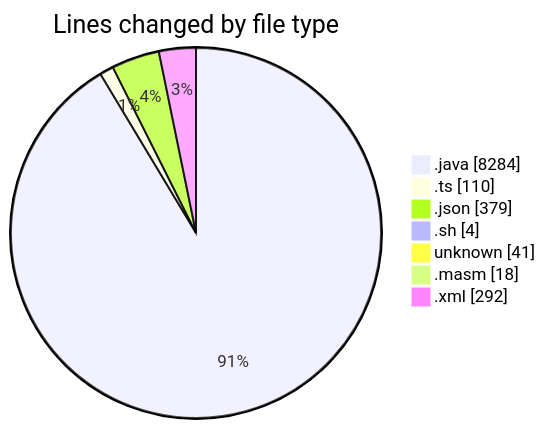
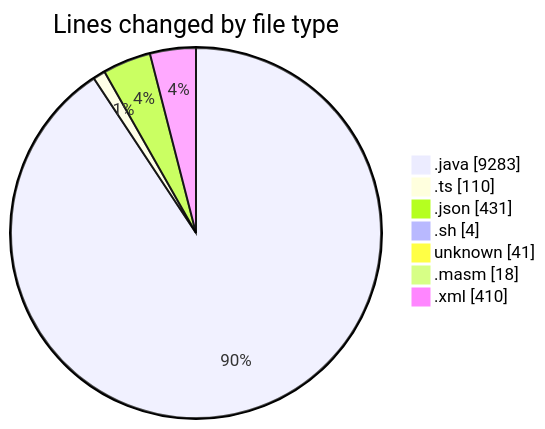
The first of 2 diagrams in 2025-02-20/micros/README.md (charlie-sans/code-tracking), drawn with Mermaid before and after one commit. The commit also changed other lines of this file and 1 other file, not shown here.

````diff
--- a/2025-02-20/micros/README.md
+++ b/2025-02-20/micros/README.md
@@ -55,11 +55,11 @@
 ```mermaid
 pie showData
 title Lines changed by file type
-".java" : 8284
+".java" : 9283
 ".ts" : 110
-".json" : 379
+".json" : 431
 ".sh" : 4
 "unknown" : 41
 ".masm" : 18
-".xml" : 292
+".xml" : 410
 ```
````
